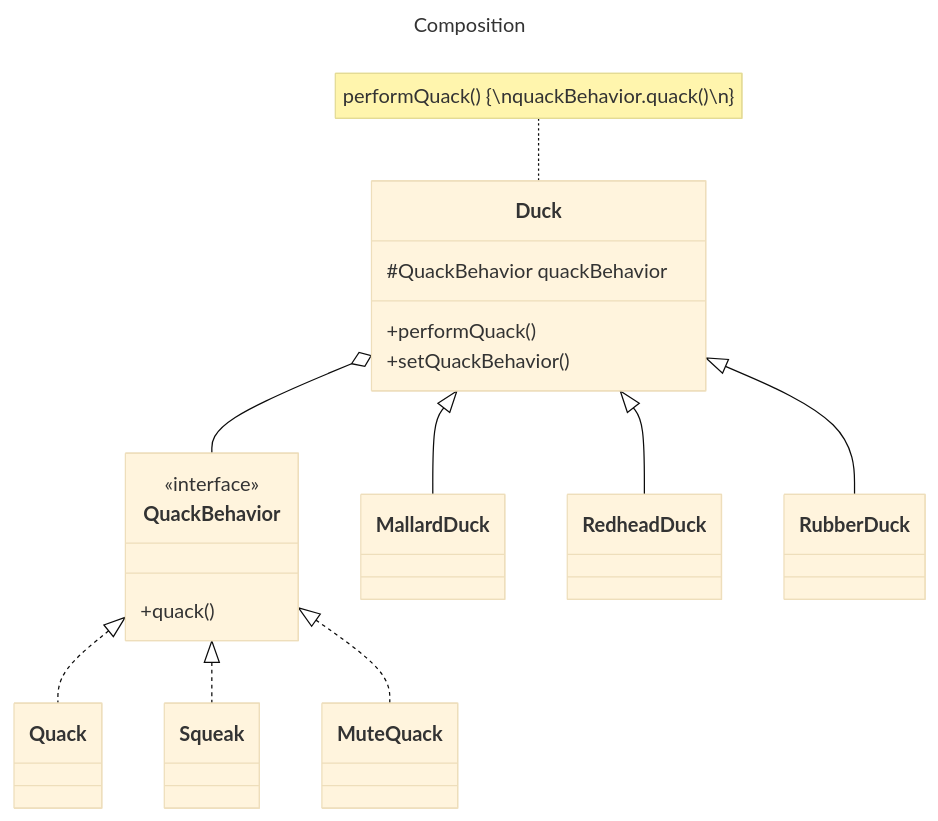
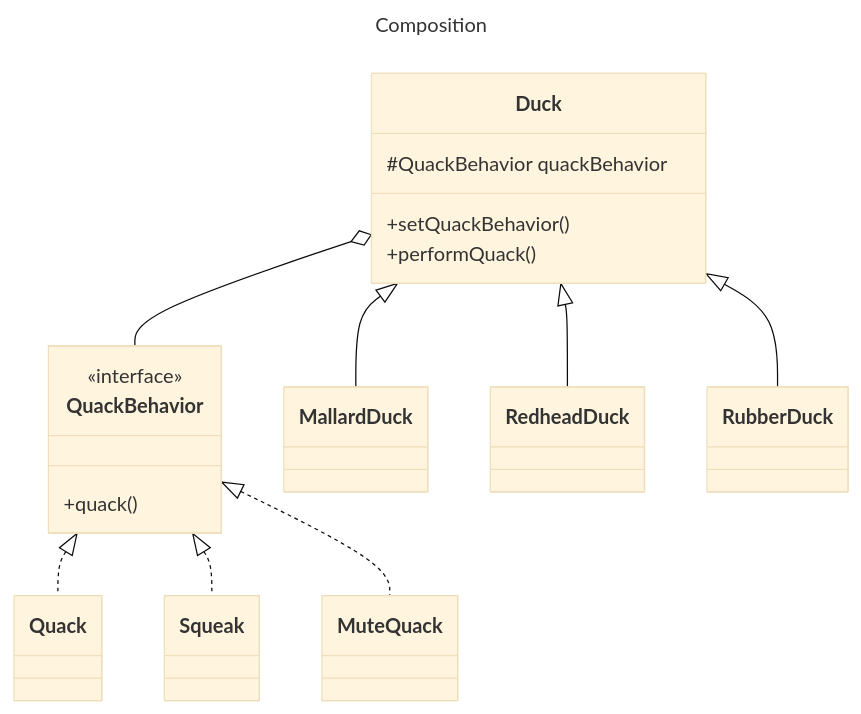
One commit to lamhq/tech-notes changed the second of 4 diagrams in pages/software-engineering/design/ood/design-principles/composition.md. Above: the diagram before and after it, drawn with Mermaid (base theme). The commit also changed other lines of this file and 14 other files, not shown here.

````diff
--- a/pages/software-engineering/design/ood/design-principles/composition.md
+++ b/pages/software-engineering/design/ood/design-principles/composition.md
@@ -20,23 +63,22 @@
 ```mermaid
 ---
 title: Composition
 ---
 classDiagram
-    class Duck{
-        #QuackBehavior quackBehavior
-        +performQuack()
-        +setQuackBehavior()
-    }
-    note for Duck "performQuack() {\nquackBehavior.quack()\n}"
-    class QuackBehavior{
-        <<interface>>
-        +quack()
-    }
-    Duck <|-- MallardDuck
-    Duck <|-- RedheadDuck
-    Duck <|-- RubberDuck 
-    Duck o-- QuackBehavior 
-    QuackBehavior <|.. Quack
-    QuackBehavior <|.. Squeak
-    QuackBehavior <|.. MuteQuack
+  class Duck{
+    #QuackBehavior quackBehavior
+    +setQuackBehavior()
+    +performQuack()
+  }
+  class QuackBehavior{
+    <<interface>>
+    +quack()
+  }
+  Duck <|-- MallardDuck
+  Duck <|-- RedheadDuck
+  Duck <|-- RubberDuck 
+  Duck o-- QuackBehavior 
+  QuackBehavior <|.. Quack
+  QuackBehavior <|.. Squeak
+  QuackBehavior <|.. MuteQuack
 ```
````
